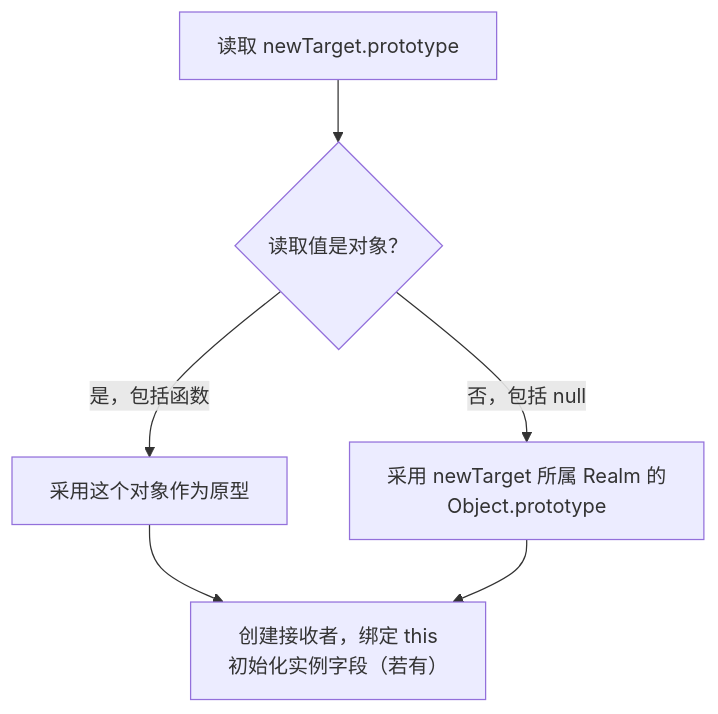
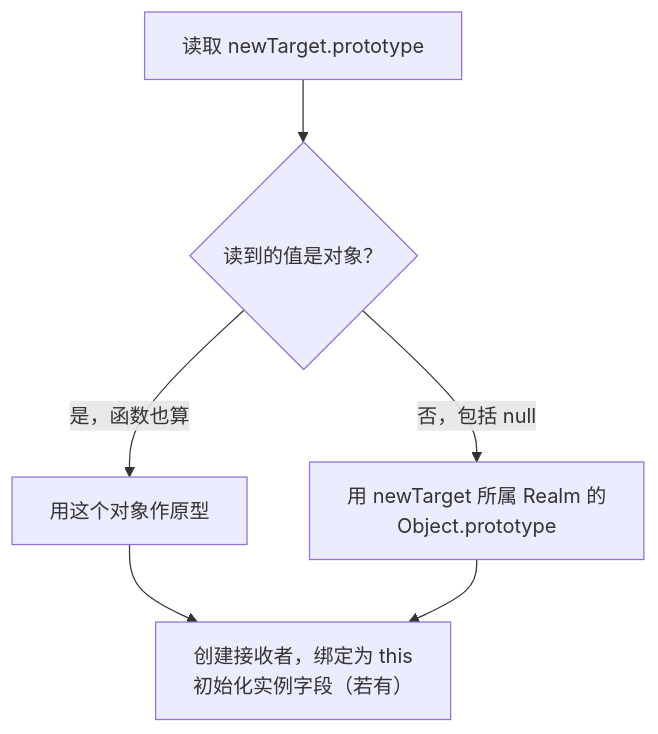
One commit to Negronii/MyNotes changed the first of 2 diagrams in frontend/javascript/construction-and-new.md. Above: the diagram before and after it, drawn with Mermaid. The commit also changed other lines of this file and 288 other files, not shown here.

```diff
--- a/frontend/javascript/construction-and-new.md
+++ b/frontend/javascript/construction-and-new.md
@@ -38,9 +82,9 @@
 ~~~mermaid
 %%{init: {"flowchart": {"wrappingWidth": 280}}}%%
 flowchart TD
-  P["读取 newTarget.prototype"] --> T{"读取值是对象？"}
-  T -->|是，包括函数| V["采用这个对象作为原型"]
-  T -->|否，包括 null| R["采用 newTarget 所属 Realm 的<br/>Object.prototype"]
-  V --> I["创建接收者，绑定 this<br/>初始化实例字段（若有）"]
+  P["读取 newTarget.prototype"] --> T{"读到的值是对象？"}
+  T -->|是，函数也算| V["用这个对象作原型"]
+  T -->|否，包括 null| R["用 newTarget 所属 Realm 的<br/>Object.prototype"]
+  V --> I["创建接收者，绑定为 this<br/>初始化实例字段（若有）"]
   R --> I
 ~~~
```
